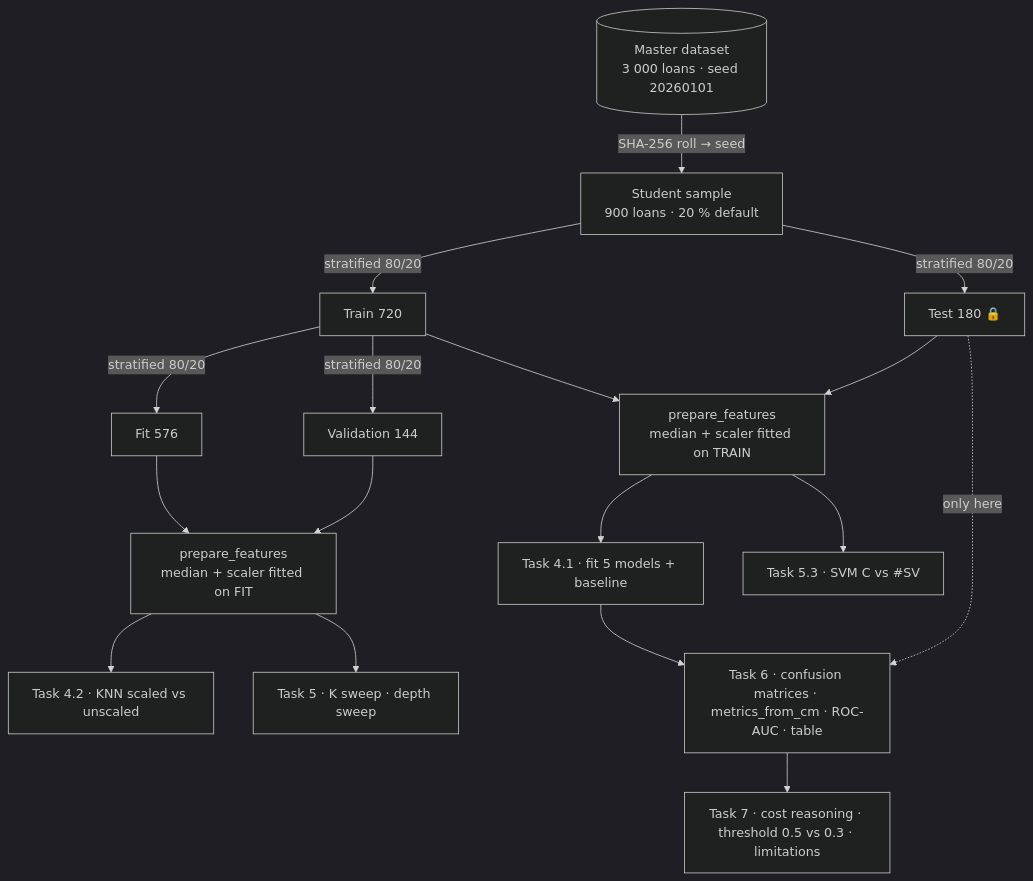
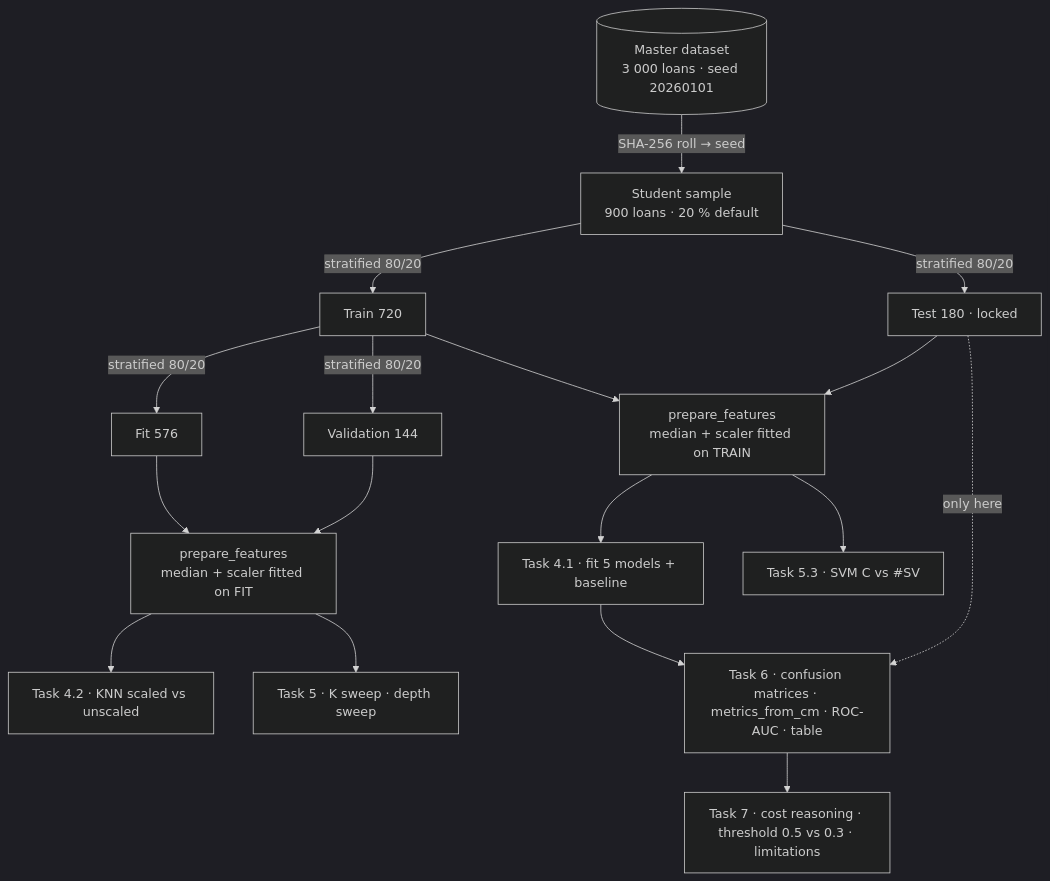
The second of 3 diagrams in ARCHITECTURE.md (Shreyit/rinn-microcredit-risk), drawn with Mermaid (dark theme) before and after one commit. The commit also changed other lines of this file and 17 other files, not shown here.

````diff
--- a/ARCHITECTURE.md
+++ b/ARCHITECTURE.md
@@ -94,21 +94,21 @@
 ```mermaid
 flowchart TD
     M[(Master dataset<br/>3 000 loans · seed 20260101)] -->|SHA-256 roll → seed| S[Student sample<br/>900 loans · 20 % default]
     S -->|stratified 80/20| TR[Train 720]
-    S -->|stratified 80/20| TE[Test 180 🔒]
+    S -->|stratified 80/20| TE[Test 180 · locked]
     TR -->|stratified 80/20| FIT[Fit 576]
     TR -->|stratified 80/20| VAL[Validation 144]
 
     FIT --> PF1[prepare_features<br/>median + scaler fitted on FIT]
     VAL --> PF1
     TR --> PF2[prepare_features<br/>median + scaler fitted on TRAIN]
     TE --> PF2
 
     PF1 --> T4b[Task 4.2 · KNN scaled vs unscaled]
     PF1 --> T5[Task 5 · K sweep · depth sweep]
     PF2 --> T4a[Task 4.1 · fit 5 models + baseline]
     PF2 --> T53[Task 5.3 · SVM C vs #SV]
     T4a --> T6[Task 6 · confusion matrices · metrics_from_cm · ROC-AUC · table]
     TE -.only here.-> T6
     T6 --> T7[Task 7 · cost reasoning · threshold 0.5 vs 0.3 · limitations]
 ```
````
